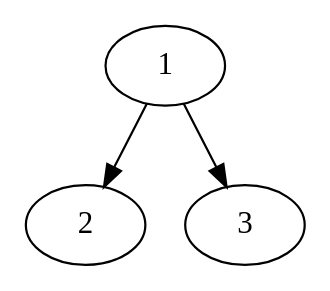
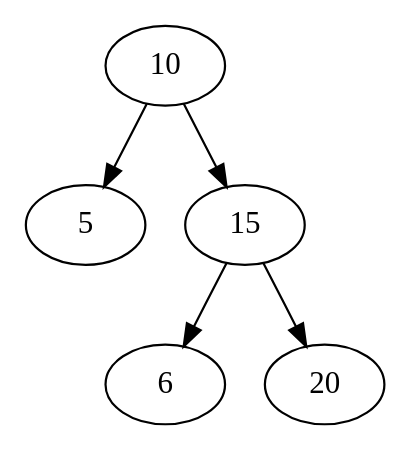
Before and after one commit to sbourlon/go-lctree: the diagram in README.md, drawn with Graphviz. The commit also changed other lines of this file and 1 other file, not shown here.

````diff
--- a/README.md
+++ b/README.md
@@ -160,10 +167,14 @@
 ```dot
 digraph {
 graph [ordering="out"];
-1;
-2;
-3;
-1 -> 2;
-1 -> 3;
+10;
+5;
+15;
+6;
+20;
+10 -> 5;
+10 -> 15;
+15 -> 6;
+15 -> 20;
 }
 ```
````
